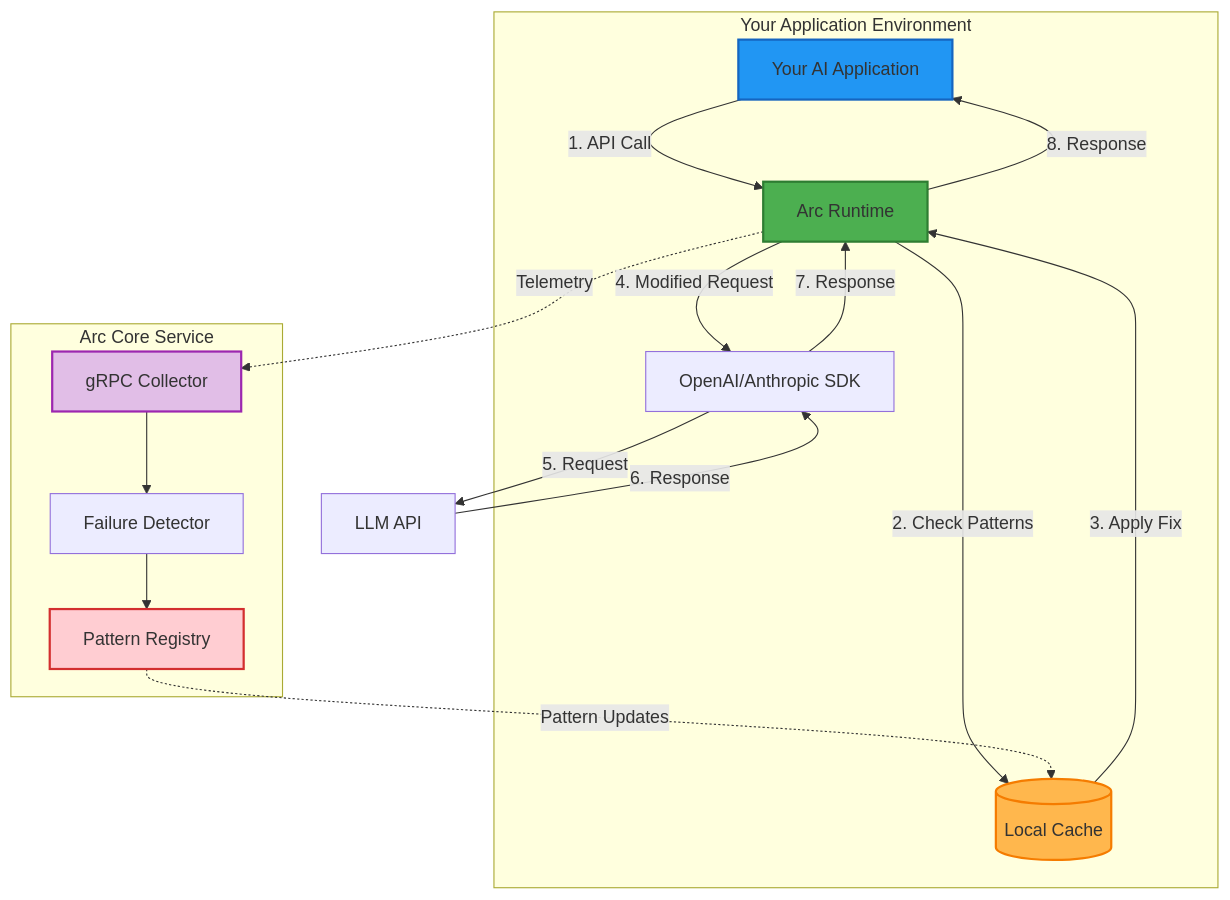
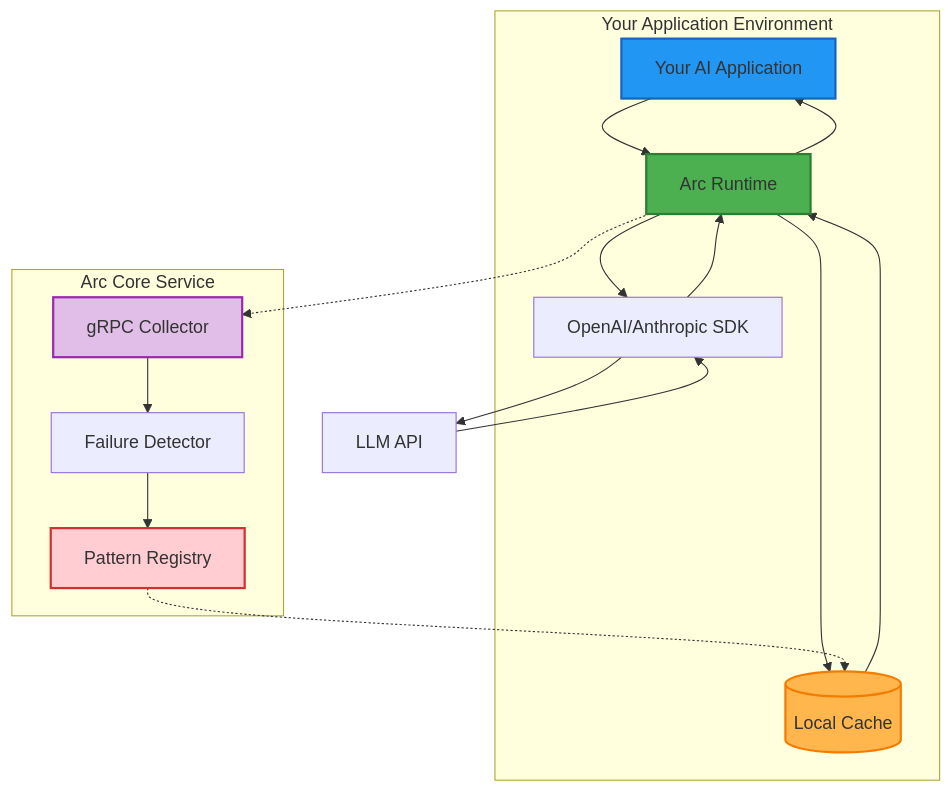
One commit to Arc-Computer/runtime changed the diagram in README.md. Above: the diagram before and after it, drawn with Mermaid. The commit also changed other lines of this file, not shown here.

````diff
--- a/README.md
+++ b/README.md
@@ -33,37 +33,37 @@
 ```mermaid
 graph TB
     subgraph "Your Application Environment"
         App[Your AI Application]
         Arc[Arc Runtime]
         SDK[OpenAI/Anthropic SDK]
         Cache[(Local Cache)]
         
-        App -->|1. API Call| Arc
-        Arc -->|2. Check Patterns| Cache
-        Cache -->|3. Apply Fix| Arc
-        Arc -->|4. Modified Request| SDK
+        App --> Arc
+        Arc --> Cache
+        Cache --> Arc
+        Arc --> SDK
     end
     
-    SDK -->|5. Request| API[LLM API]
-    API -->|6. Response| SDK
-    SDK -->|7. Response| Arc
-    Arc -->|8. Response| App
+    SDK --> API[LLM API]
+    API --> SDK
+    SDK --> Arc
+    Arc --> App
     
     subgraph "Arc Core Service"
         Collector[gRPC Collector]
         Detector[Failure Detector]
         Registry[Pattern Registry]
         
         Collector --> Detector
         Detector --> Registry
     end
     
-    Arc -.->|Telemetry| Collector
-    Registry -.->|Pattern Updates| Cache
+    Arc -.-> Collector
+    Registry -.-> Cache
     
     style Arc fill:#4CAF50,stroke:#2E7D32,stroke-width:2px
     style App fill:#2196F3,stroke:#1565C0,stroke-width:2px
     style Cache fill:#FFB74D,stroke:#F57C00,stroke-width:2px
     style Collector fill:#E1BEE7,stroke:#9C27B0,stroke-width:2px
     style Registry fill:#FFCDD2,stroke:#D32F2F,stroke-width:2px
 ```
````
